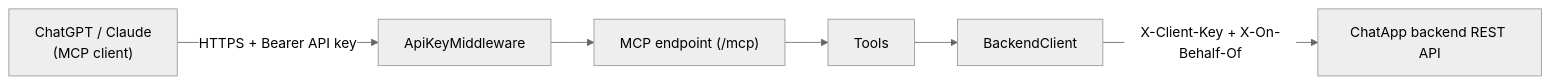
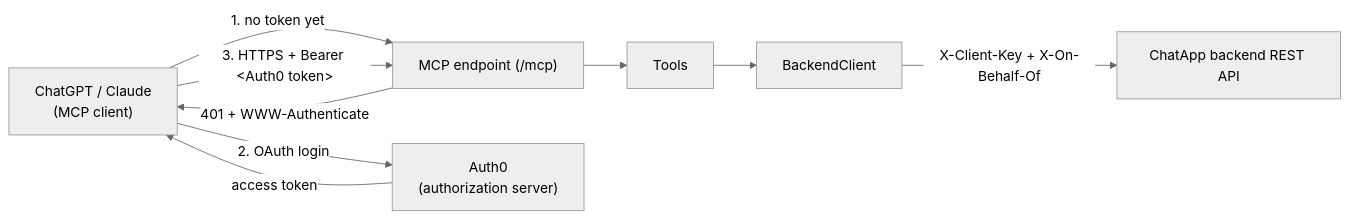
Before and after one commit to phanxuanquang/jetomax-assignment: the diagram in mcp/README.md, drawn with Mermaid (neutral theme). The commit also changed other lines of this file and 8 other files, not shown here.

````diff
--- a/mcp/README.md
+++ b/mcp/README.md
@@ -7,8 +7,11 @@
 ```mermaid
 flowchart LR
-    Client["ChatGPT / Claude<br/>(MCP client)"] -->|HTTPS + Bearer API key| Gate["ApiKeyMiddleware"]
-    Gate --> MCP["MCP endpoint (/mcp)"]
+    Client["ChatGPT / Claude<br/>(MCP client)"] -->|1. no token yet| MCP["MCP endpoint (/mcp)"]
+    MCP -->|401 + WWW-Authenticate| Client
+    Client -->|2. OAuth login| Auth0["Auth0<br/>(authorization server)"]
+    Auth0 -->|access token| Client
+    Client -->|3. HTTPS + Bearer &lt;Auth0 token&gt;| MCP
     MCP --> Tools["Tools"]
     Tools --> BC["BackendClient"]
     BC -->|X-Client-Key + X-On-Behalf-Of| API["ChatApp backend REST API"]
 ```
````
